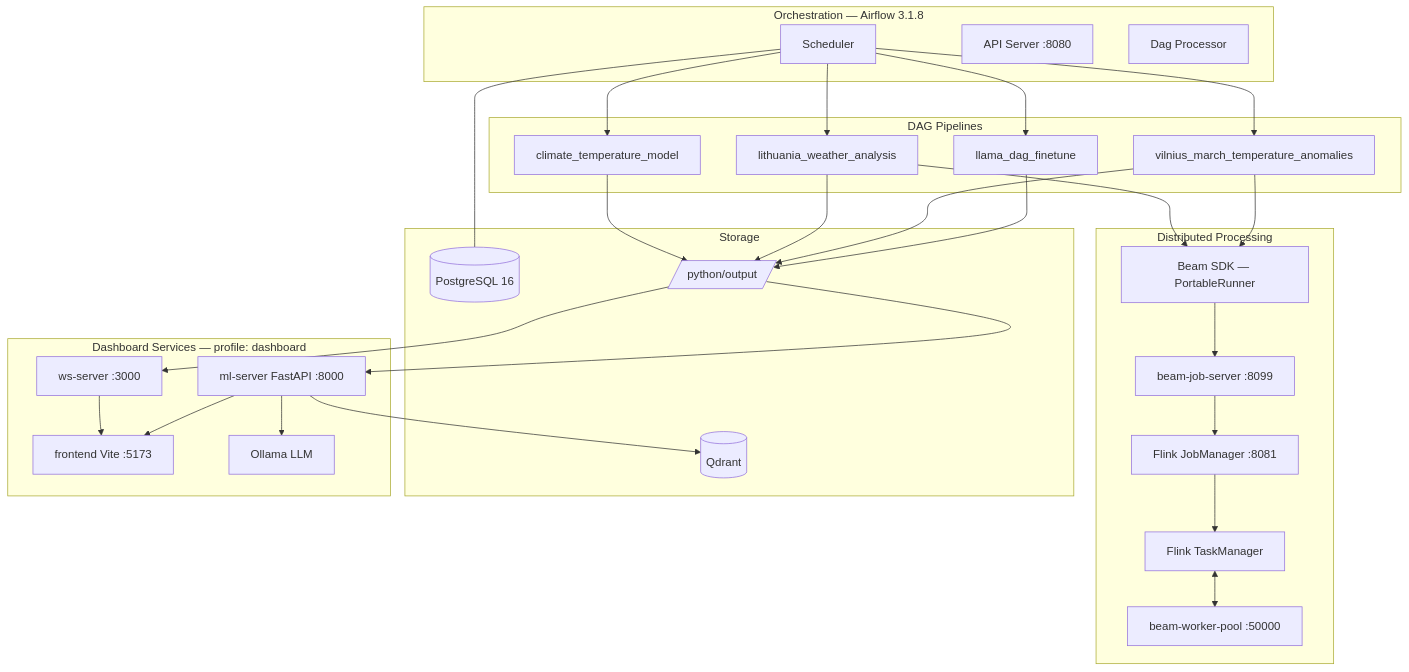
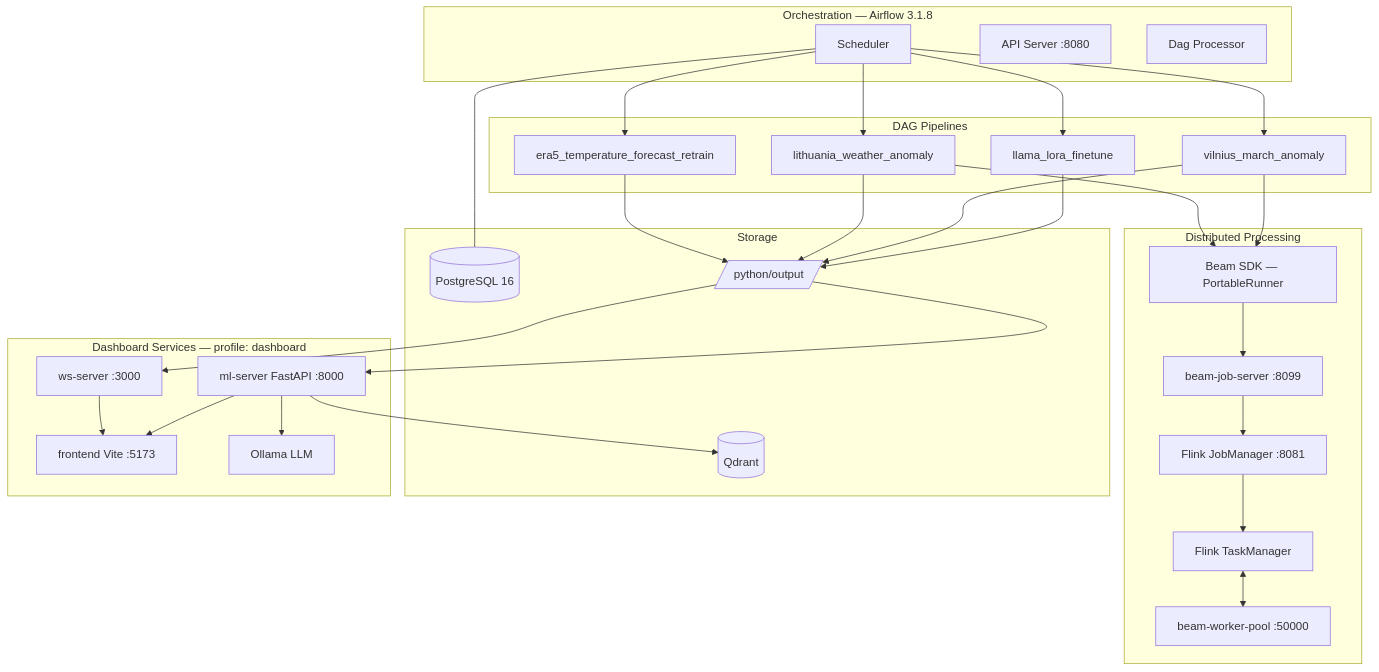
The first of 2 diagrams in README.md (andrius-eng/ml), drawn with Mermaid before and after one commit. The commit also changed other lines of this file and 14 other files, not shown here.

````diff
--- a/README.md
+++ b/README.md
@@ -71,46 +71,46 @@
 ```mermaid
 graph TB
     subgraph Orch["Orchestration — Airflow 3.1.8"]
         SCHED[Scheduler]
         WEB[API Server :8080]
         DP[Dag Processor]
     end
 
     subgraph DAGs["DAG Pipelines"]
-        D1[climate_temperature_model]
-        D2[lithuania_weather_analysis]
-        D3[vilnius_march_temperature_anomalies]
-        D4[llama_dag_finetune]
+        D1[era5_temperature_forecast_retrain]
+        D2[lithuania_weather_anomaly]
+        D3[vilnius_march_anomaly]
+        D4[llama_lora_finetune]
     end
 
     subgraph Beam["Distributed Processing"]
         BSDK[Beam SDK — PortableRunner]
         JOB[beam-job-server :8099]
         JM[Flink JobManager :8081]
         TM[Flink TaskManager]
         WP[beam-worker-pool :50000]
     end
 
     subgraph Store["Storage"]
         PG[(PostgreSQL 16)]
         QD[(Qdrant)]
         FS[/python/output/]
     end
 
     subgraph Svc["Dashboard Services — profile: dashboard"]
         ML[ml-server FastAPI :8000]
         WS[ws-server :3000]
         FE[frontend Vite :5173]
         OLL[Ollama LLM]
     end
 
     SCHED --> D1 & D2 & D3 & D4
     D2 & D3 --> BSDK --> JOB --> JM --> TM
     TM <--> WP
     D1 & D2 & D3 & D4 --> FS
     SCHED --- PG
     FS --> ML & WS
     ML --> QD & OLL
     WS --> FE
     ML --> FE
 ```
````
